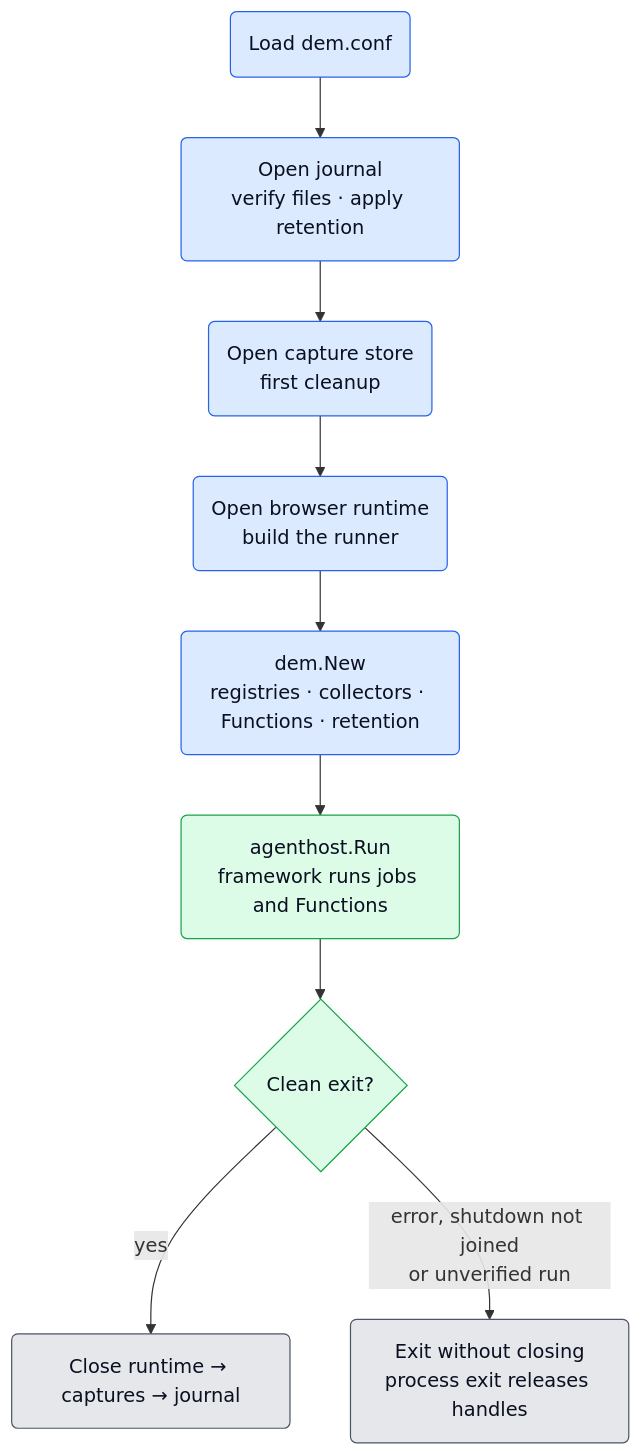
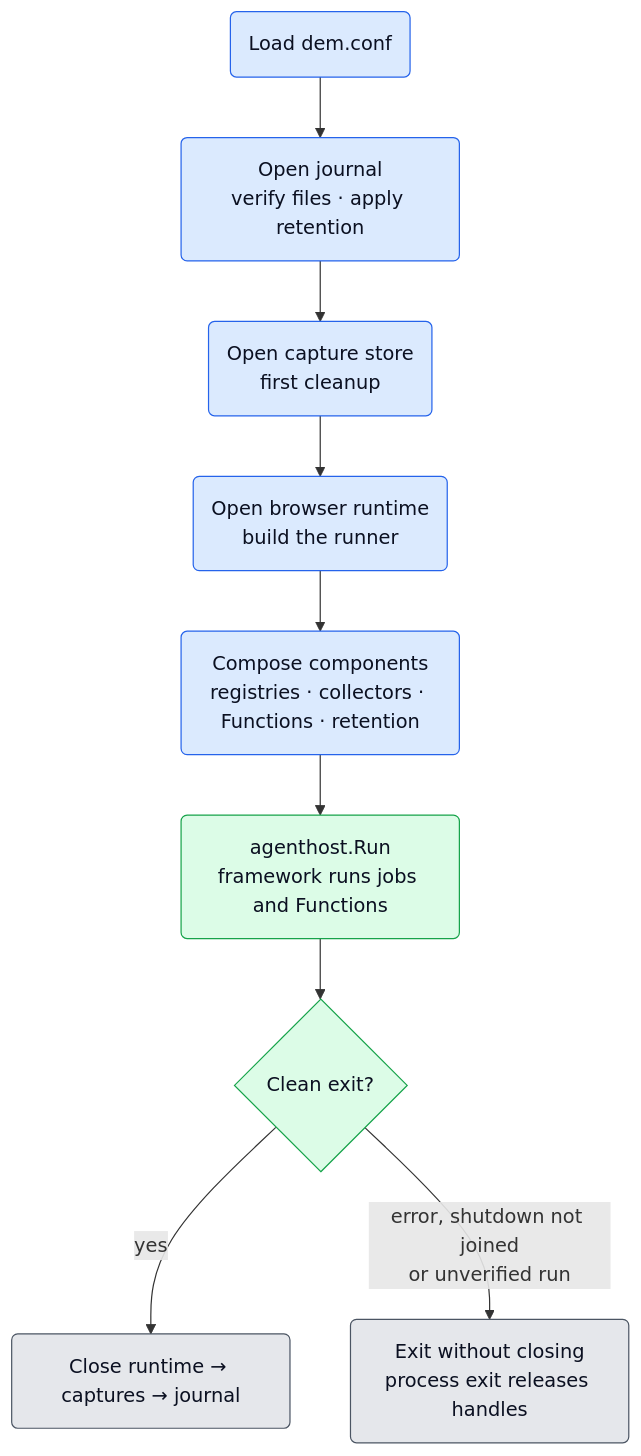
The fifth of 7 diagrams in src/go/plugin/dem/ARCHITECTURE.md (netdata/netdata), drawn with Mermaid before and after one commit. The commit also changed other lines of this file and 45 other files, not shown here.

````diff
--- a/src/go/plugin/dem/ARCHITECTURE.md
+++ b/src/go/plugin/dem/ARCHITECTURE.md
@@ -420,23 +421,23 @@
 ```mermaid
 flowchart TD
     Conf("Load dem.conf")
     Journal("Open journal<br/>verify files · apply retention")
     Art("Open capture store<br/>first cleanup")
     RT("Open browser runtime<br/>build the runner")
-    Compose("dem.New<br/>registries · collectors · Functions · retention")
+    Compose("Compose components<br/>registries · collectors · Functions · retention")
     Run("agenthost.Run<br/>framework runs jobs and Functions")
     Clean{"Clean exit?"}
     Close("Close runtime → captures → journal")
     Exit("Exit without closing<br/>process exit releases handles")
 
     Conf --> Journal --> Art --> RT --> Compose --> Run --> Clean
     Clean -->|"yes"| Close
     Clean -->|"error, shutdown not joined<br/>or unverified run"| Exit
 
     classDef step fill:#dbeafe,stroke:#2563eb,color:#0b1021;
     classDef run fill:#dcfce7,stroke:#16a34a,color:#0b1021;
     classDef done fill:#e5e7eb,stroke:#4b5563,color:#0b1021;
     class Conf,Journal,Art,RT,Compose step;
     class Run,Clean run;
     class Close,Exit done;
 ```
````
